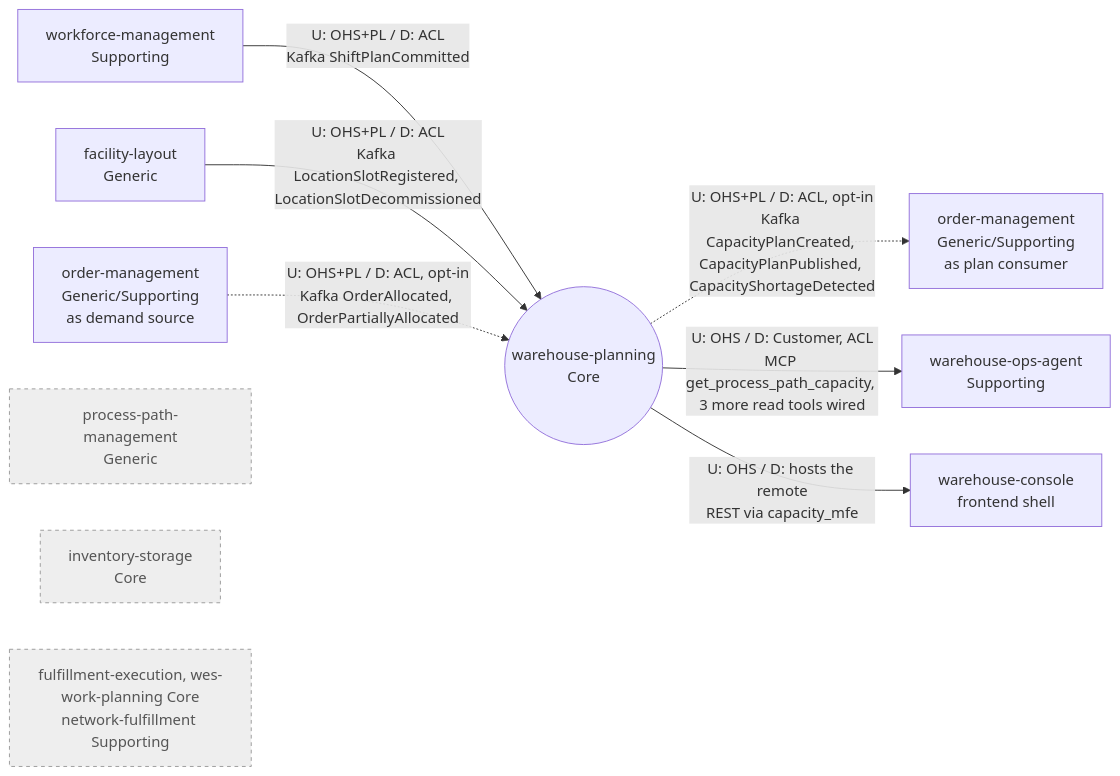
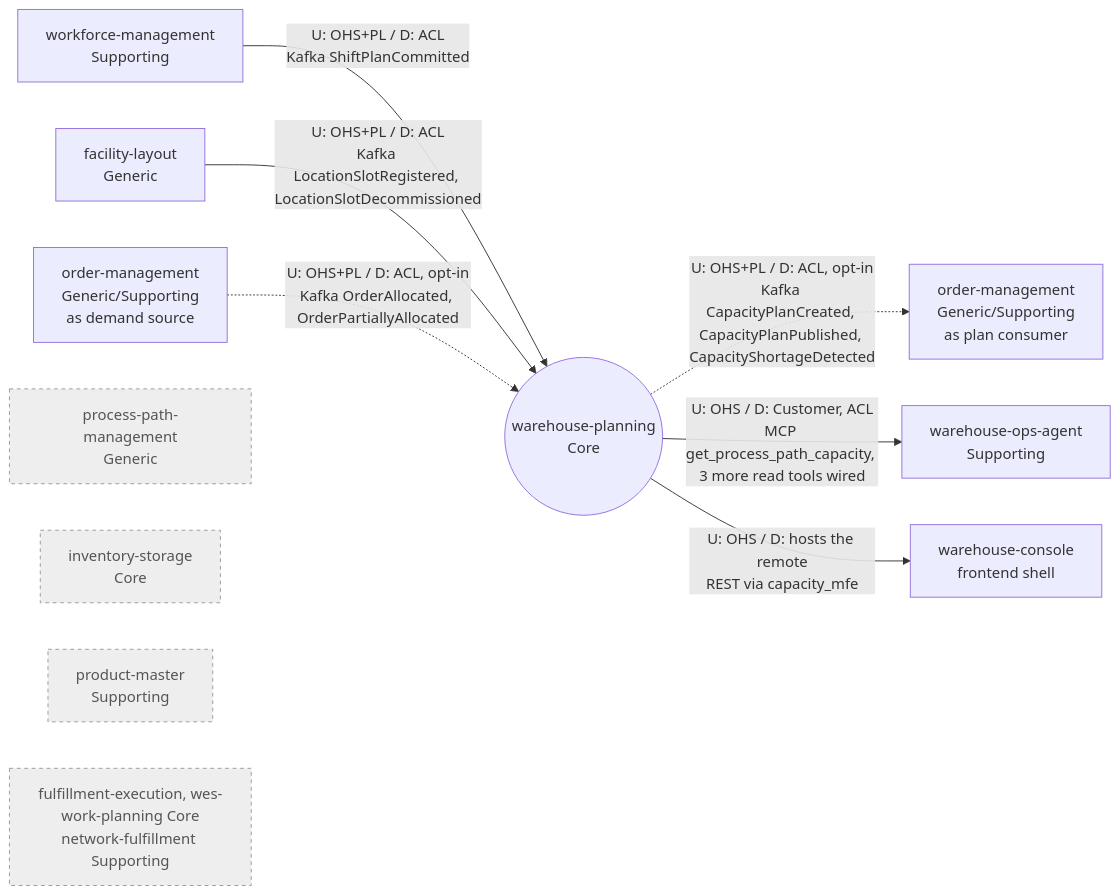
The diagram in docs/contexts/warehouse-planning/context-map.md (IQVO/warehouse-docs), drawn with Mermaid before and after one commit. The commit also changed other lines of this file and 119 other files, not shown here.

Commit message:
docs: re-sync specs, packs and AsyncAPI from the fleet's develop after the product-master docs refresh

````diff
--- a/docs/contexts/warehouse-planning/context-map.md
+++ b/docs/contexts/warehouse-planning/context-map.md
@@ -20,27 +20,29 @@
 ```mermaid
 flowchart LR
   WP(("warehouse-planning<br/>Core"))
 
   WFM["workforce-management<br/>Supporting"]
   FL["facility-layout<br/>Generic"]
   OMU["order-management<br/>Generic/Supporting<br/>as demand source"]
   OMD["order-management<br/>Generic/Supporting<br/>as plan consumer"]
   OPS["warehouse-ops-agent<br/>Supporting"]
   CON["warehouse-console<br/>frontend shell"]
   PPM["process-path-management<br/>Generic"]
   INV["inventory-storage<br/>Core"]
+  PM["product-master<br/>Supporting"]
   LATER["fulfillment-execution, wes-work-planning Core<br/>network-fulfillment Supporting"]
 
   WFM -- "U: OHS+PL / D: ACL<br/>Kafka ShiftPlanCommitted" --> WP
   FL -- "U: OHS+PL / D: ACL<br/>Kafka LocationSlotRegistered, LocationSlotDecommissioned" --> WP
   OMU -. "U: OHS+PL / D: ACL, opt-in<br/>Kafka OrderAllocated, OrderPartiallyAllocated" .-> WP
   WP -. "U: OHS+PL / D: ACL, opt-in<br/>Kafka CapacityPlanCreated, CapacityPlanPublished, CapacityShortageDetected" .-> OMD
   WP -- "U: OHS / D: Customer, ACL<br/>MCP get_process_path_capacity, 3 more read tools wired" --> OPS
   WP -- "U: OHS / D: hosts the remote<br/>REST via capacity_mfe" --> CON
   PPM ~~~ WP
   INV ~~~ WP
+  PM ~~~ WP
   LATER ~~~ WP
 
   classDef absent fill:#eeeeee,stroke:#999999,color:#555555,stroke-dasharray: 4 4
-  class PPM,INV,LATER absent
+  class PPM,INV,PM,LATER absent
 ```
````
